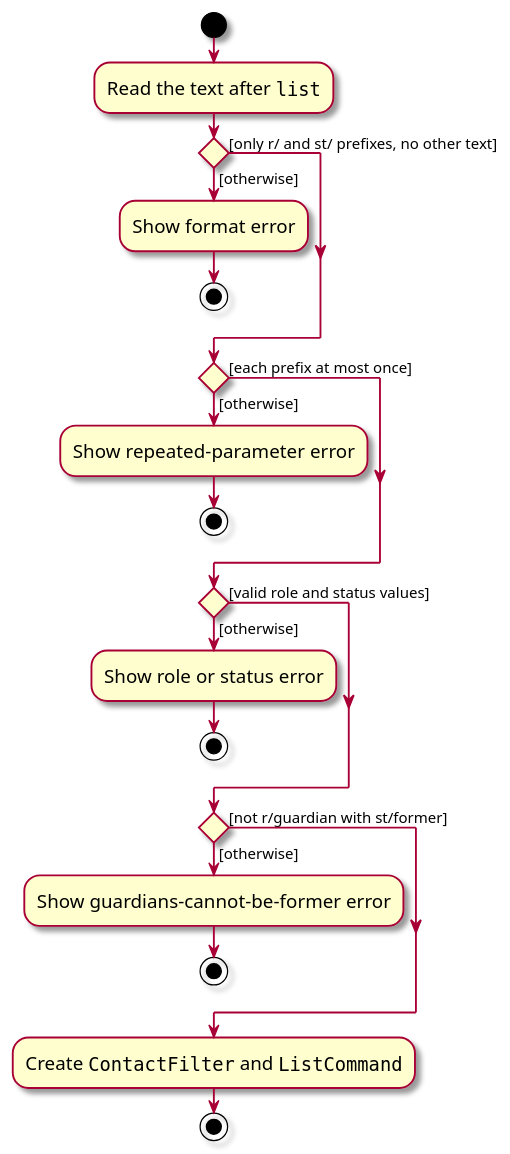
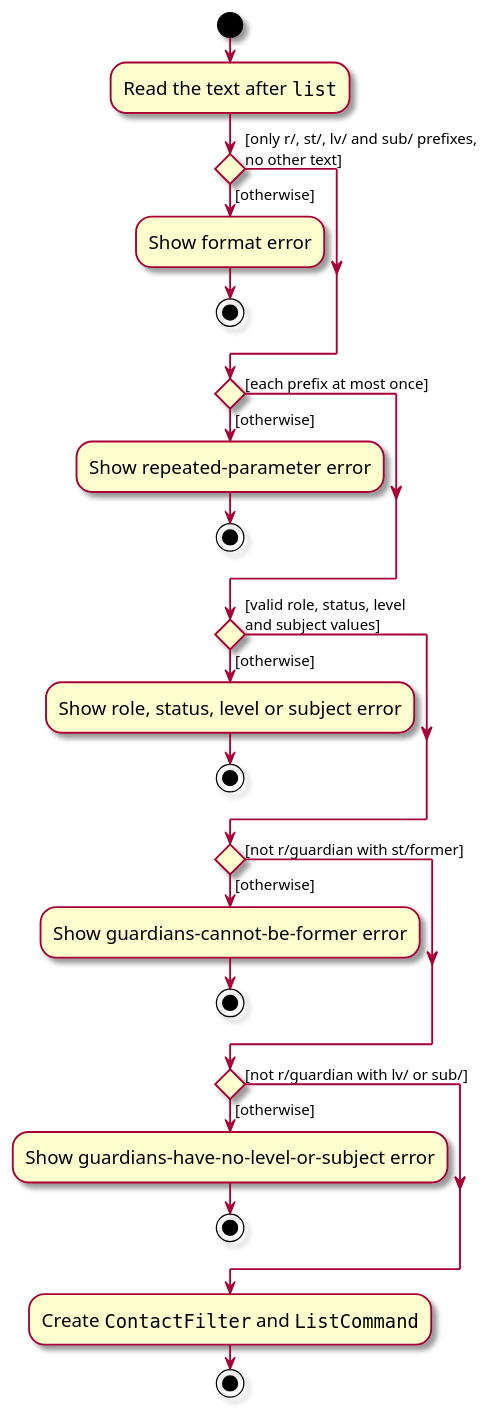
One commit to AY2627S1-CS2103T-T15-2/tp changed the diagram in diagrams/ListParserActivityDiagram.puml. Above: the diagram before and after it, drawn with PlantUML. The commit also changed 27 other files, not shown here.

```diff
--- a/diagrams/ListParserActivityDiagram.puml
+++ b/diagrams/ListParserActivityDiagram.puml
@@ -1,35 +1,41 @@
 @startuml
 skin rose
 skinparam ActivityFontSize 15
 skinparam ArrowFontSize 12
 
 start
 :Read the text after ""list"";
 
-if () then ([only r/ and st/ prefixes, no other text])
+if () then ([only r/, st/, lv/ and sub/ prefixes,\nno other text])
 else ([otherwise])
     :Show format error;
     stop
 endif
 
 if () then ([each prefix at most once])
 else ([otherwise])
     :Show repeated-parameter error;
     stop
 endif
 
-if () then ([valid role and status values])
+if () then ([valid role, status, level\nand subject values])
 else ([otherwise])
-    :Show role or status error;
+    :Show role, status, level or subject error;
     stop
 endif
 
 if () then ([not r/guardian with st/former])
 else ([otherwise])
     :Show guardians-cannot-be-former error;
     stop
 endif
 
+if () then ([not r/guardian with lv/ or sub/])
+else ([otherwise])
+    :Show guardians-have-no-level-or-subject error;
+    stop
+endif
+
 :Create ""ContactFilter"" and ""ListCommand"";
 stop
 @enduml
```
